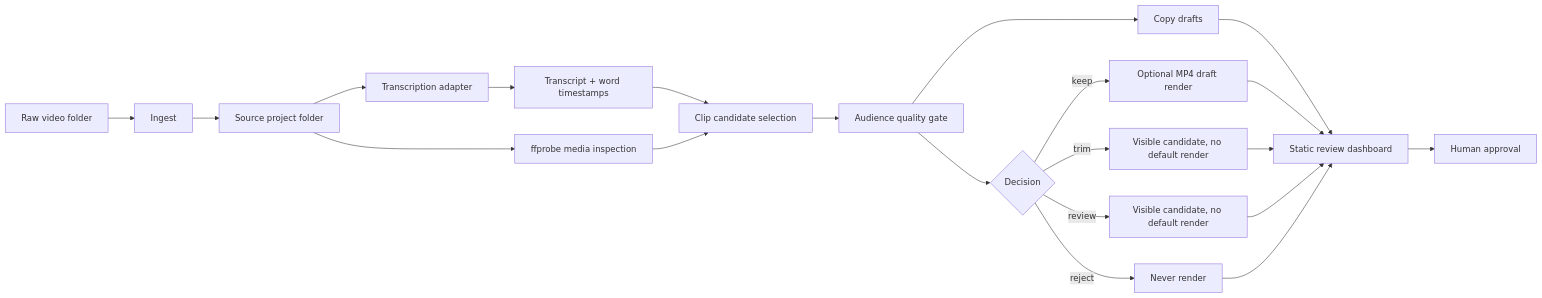
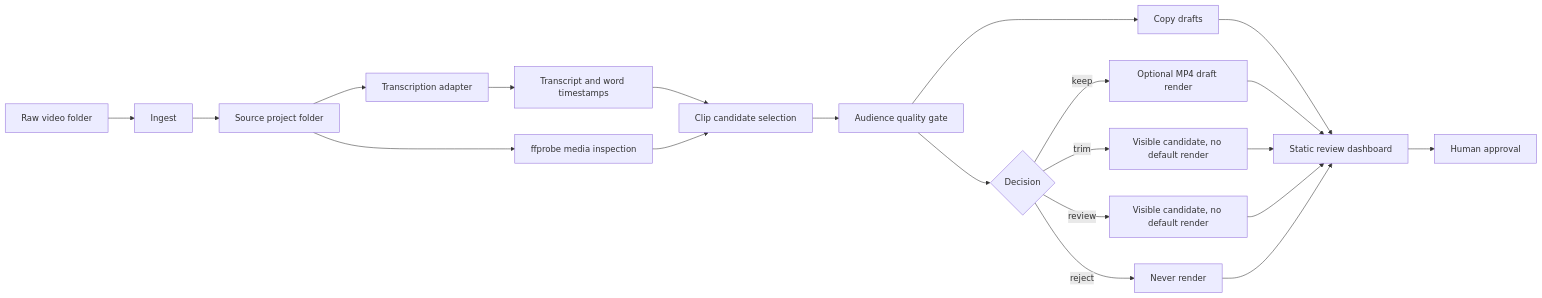
The first of 3 diagrams in README.md (KaiCalls/video-review-os), drawn with Mermaid before and after one commit. The commit also changed other lines of this file and 3 other files, not shown here.

Commit message:
Add comparison and rendered diagrams to README

````diff
--- a/README.md
+++ b/README.md
@@ -43,23 +48,23 @@
 ```mermaid
 flowchart LR
-    A[Raw video folder] --> B[Ingest]
-    B --> C[Source project folder]
-    C --> D[ffprobe media inspection]
-    C --> E[Transcription adapter]
-    E --> F[Transcript + word timestamps]
-    F --> G[Clip candidate selection]
+    A["Raw video folder"] --> B["Ingest"]
+    B --> C["Source project folder"]
+    C --> D["ffprobe media inspection"]
+    C --> E["Transcription adapter"]
+    E --> F["Transcript and word timestamps"]
+    F --> G["Clip candidate selection"]
     D --> G
-    G --> H[Audience quality gate]
-    H --> I[Copy drafts]
-    H --> J{Decision}
-    J -->|keep| K[Optional MP4 draft render]
-    J -->|trim| L[Visible candidate, no default render]
-    J -->|review| M[Visible candidate, no default render]
-    J -->|reject| N[Never render]
-    I --> O[Static review dashboard]
+    G --> H["Audience quality gate"]
+    H --> I["Copy drafts"]
+    H --> J{"Decision"}
+    J -->|keep| K["Optional MP4 draft render"]
+    J -->|trim| L["Visible candidate, no default render"]
+    J -->|review| M["Visible candidate, no default render"]
+    J -->|reject| N["Never render"]
+    I --> O["Static review dashboard"]
     K --> O
     L --> O
     M --> O
     N --> O
-    O --> P[Human approval]
+    O --> P["Human approval"]
 ```
````
